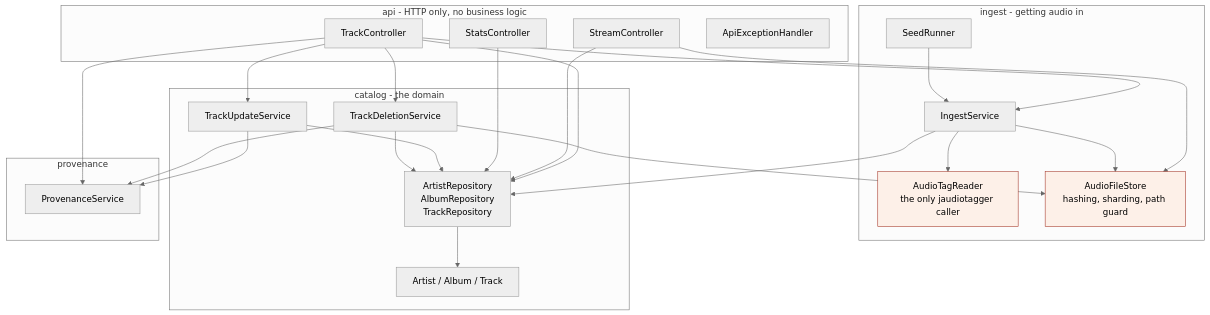
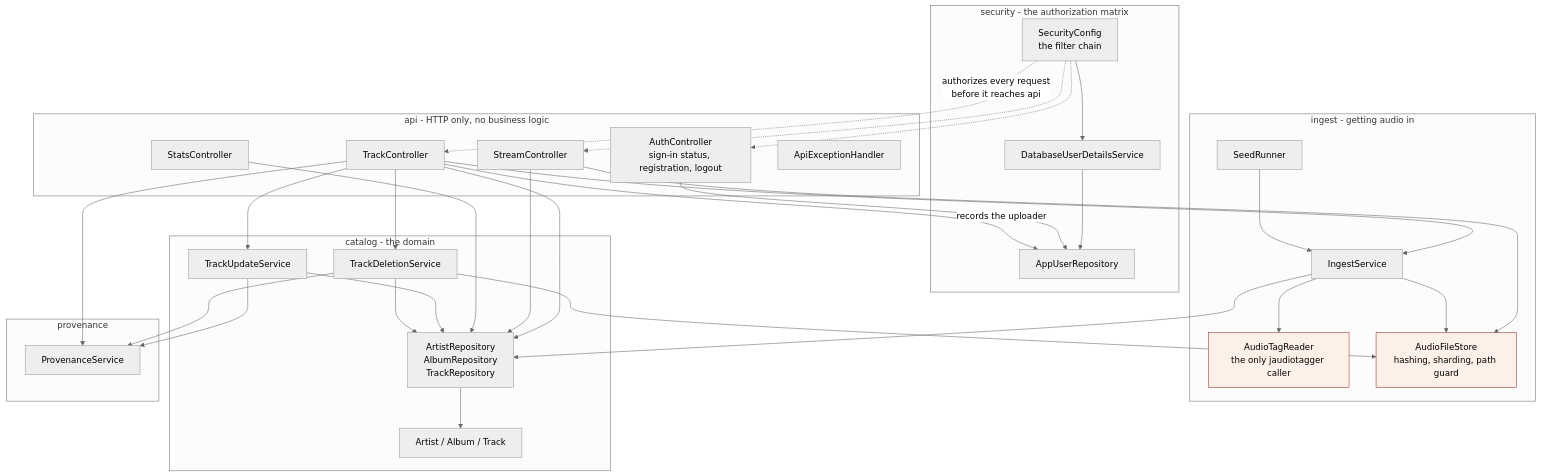
One commit to kasinathnalla/music-library-excercise changed the third of 10 diagrams in docs/ARCHITECTURE.md. Above: the diagram before and after it, drawn with Mermaid (neutral theme). The commit also changed other lines of this file and 17 other files, not shown here.

````diff
--- a/docs/ARCHITECTURE.md
+++ b/docs/ARCHITECTURE.md
@@ -85,49 +85,64 @@
 ```mermaid
 graph TD
+    subgraph security["security - the authorization matrix"]
+        SEC["SecurityConfig<br/>the filter chain"]
+        DUD["DatabaseUserDetailsService"]
+        USERS["AppUserRepository"]
+    end
+
     subgraph api["api - HTTP only, no business logic"]
         TC["TrackController"]
         SC["StreamController"]
         STC["StatsController"]
+        AC["AuthController<br/>sign-in status, registration, logout"]
         EH["ApiExceptionHandler"]
     end
 
     subgraph ingest["ingest - getting audio in"]
         IS["IngestService"]
         ATR["AudioTagReader<br/>the only jaudiotagger caller"]
         AFS["AudioFileStore<br/>hashing, sharding, path guard"]
         SR["SeedRunner"]
     end
+
+    SEC -.->|"authorizes every request<br/>before it reaches api"| TC
+    SEC -.-> SC
+    SEC -.-> AC
+    SEC --> DUD
+    DUD --> USERS
+    AC --> USERS
+    TC -->|"records the uploader"| USERS
 
     subgraph catalog["catalog - the domain"]
         TUS["TrackUpdateService"]
         TDS["TrackDeletionService"]
         REPO["ArtistRepository<br/>AlbumRepository<br/>TrackRepository"]
         ENT["Artist / Album / Track"]
     end
 
     subgraph prov["provenance"]
         PS["ProvenanceService"]
     end
 
     TC --> IS
     TC --> TUS
     TC --> TDS
     TC --> REPO
     TC --> PS
     SC --> REPO
     SC --> AFS
     STC --> REPO
     IS --> ATR
     IS --> AFS
     IS --> REPO
     SR --> IS
     TUS --> REPO
     TUS --> PS
     TDS --> REPO
     TDS --> AFS
     TDS --> PS
     REPO --> ENT
 
     style ATR fill:#fdf0e8,stroke:#a33224
     style AFS fill:#fdf0e8,stroke:#a33224
 ```
````
